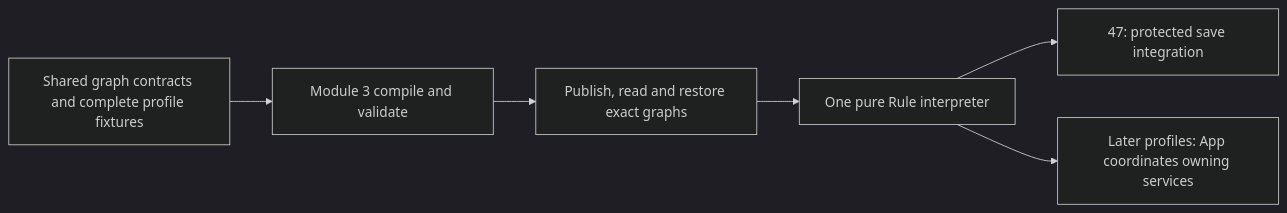
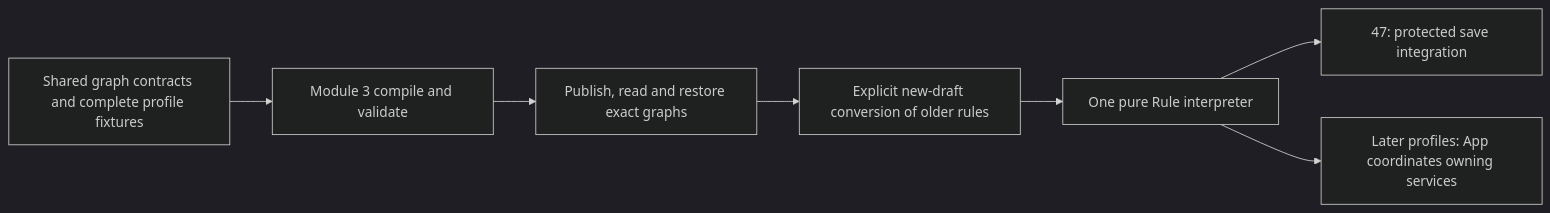
Before and after one commit to Abzum-NZ/Abzum-Vortex: the diagram in docs/build-plan/issue-58-shared-rule-graph-foundation.md, drawn with Mermaid (dark theme). The commit also changed other lines of this file and 40 other files, not shown here.

Commit message:
Carry shared rule graphs through the Definition lifecycle

````diff
--- a/docs/build-plan/issue-58-shared-rule-graph-foundation.md
+++ b/docs/build-plan/issue-58-shared-rule-graph-foundation.md
@@ -23,8 +23,9 @@
 ```mermaid
 flowchart LR
   C[Shared graph contracts and complete profile fixtures] --> D[Module 3 compile and validate]
   D --> P[Publish, read and restore exact graphs]
-  P --> R[One pure Rule interpreter]
+  P --> M[Explicit new-draft conversion of older rules]
+  M --> R[One pure Rule interpreter]
   R --> S[47: protected save integration]
   R --> A[Later profiles: App coordinates owning services]
 ```
````
